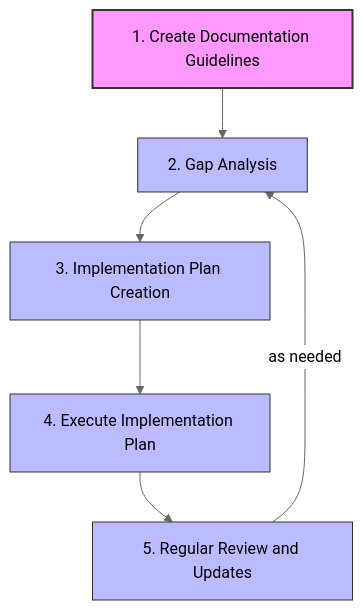
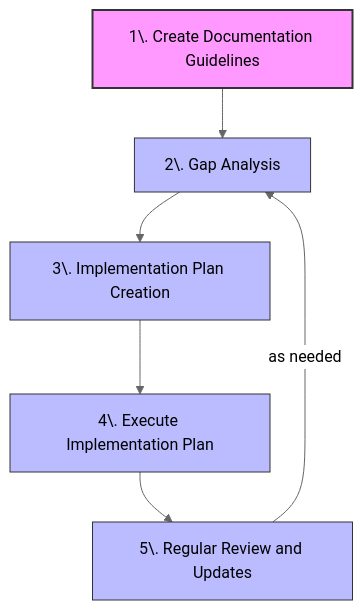
The diagram in README.md (ToyB0x/ai-coding-rules), drawn with Mermaid (neutral theme) before and after one commit.

Commit message:
docs: fix formatting in mermaid diagram for consistency

````diff
--- a/README.md
+++ b/README.md
@@ -48,13 +48,13 @@
 ```mermaid
 graph TD
-    A[1. Create Documentation Guidelines] --> B[2. Gap Analysis]
-    B --> C[3. Implementation Plan Creation]
-    C --> D[4. Execute Implementation Plan]
-    D --> E[5. Regular Review and Updates]
+    A[1\. Create Documentation Guidelines] --> B[2\. Gap Analysis]
+    B --> C[3\. Implementation Plan Creation]
+    C --> D[4\. Execute Implementation Plan]
+    D --> E[5\. Regular Review and Updates]
     E -->|as needed| B
     style A fill:#f9f,stroke:#333,stroke-width:2px
     style B fill:#bbf,stroke:#333,stroke-width:1px
     style C fill:#bbf,stroke:#333,stroke-width:1px
     style D fill:#bbf,stroke:#333,stroke-width:1px
     style E fill:#bbf,stroke:#333,stroke-width:1px
 ```
````
